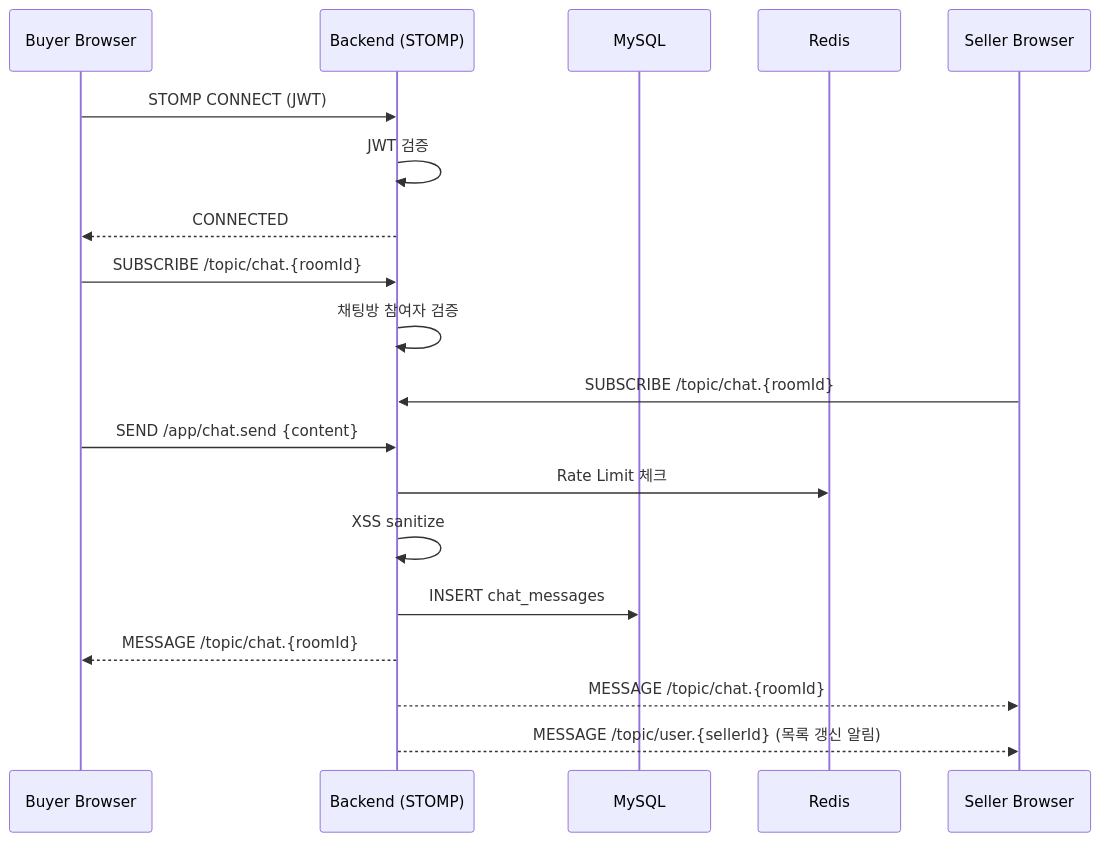
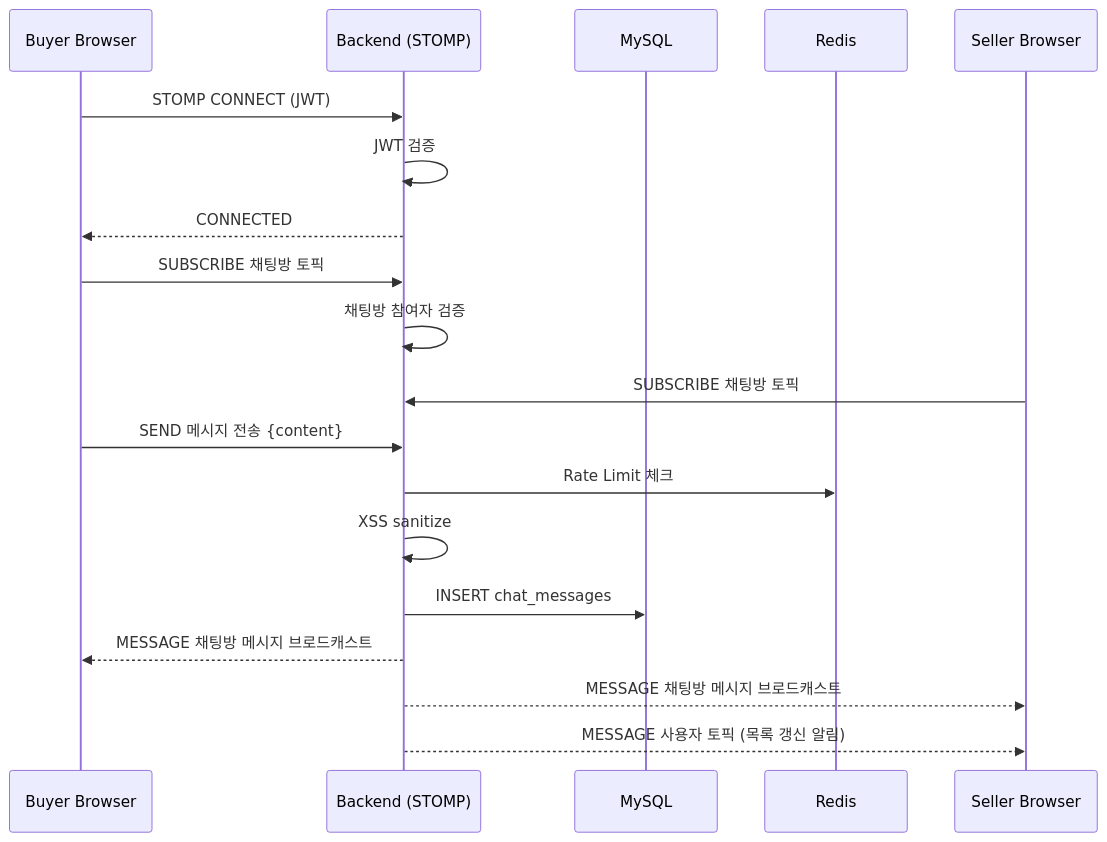
The second of 3 diagrams in architecture/system-overview.md (cherry-market/cherry-architecture), drawn with Mermaid before and after one commit. The commit also changed other lines of this file and 6 other files, not shown here.

````diff
--- a/architecture/system-overview.md
+++ b/architecture/system-overview.md
@@ -49,24 +49,24 @@
 ```mermaid
 sequenceDiagram
     participant A as Buyer Browser
     participant B as Backend (STOMP)
     participant DB as MySQL
     participant R as Redis
     participant S as Seller Browser
 
     A->>B: STOMP CONNECT (JWT)
     B->>B: JWT 검증
     B-->>A: CONNECTED
 
-    A->>B: SUBSCRIBE /topic/chat.{roomId}
+    A->>B: SUBSCRIBE 채팅방 토픽
     B->>B: 채팅방 참여자 검증
-    S->>B: SUBSCRIBE /topic/chat.{roomId}
+    S->>B: SUBSCRIBE 채팅방 토픽
 
-    A->>B: SEND /app/chat.send {content}
+    A->>B: SEND 메시지 전송 {content}
     B->>R: Rate Limit 체크
     B->>B: XSS sanitize
     B->>DB: INSERT chat_messages
-    B-->>A: MESSAGE /topic/chat.{roomId}
-    B-->>S: MESSAGE /topic/chat.{roomId}
-    B-->>S: MESSAGE /topic/user.{sellerId} (목록 갱신 알림)
+    B-->>A: MESSAGE 채팅방 메시지 브로드캐스트
+    B-->>S: MESSAGE 채팅방 메시지 브로드캐스트
+    B-->>S: MESSAGE 사용자 토픽 (목록 갱신 알림)
 ```
````
